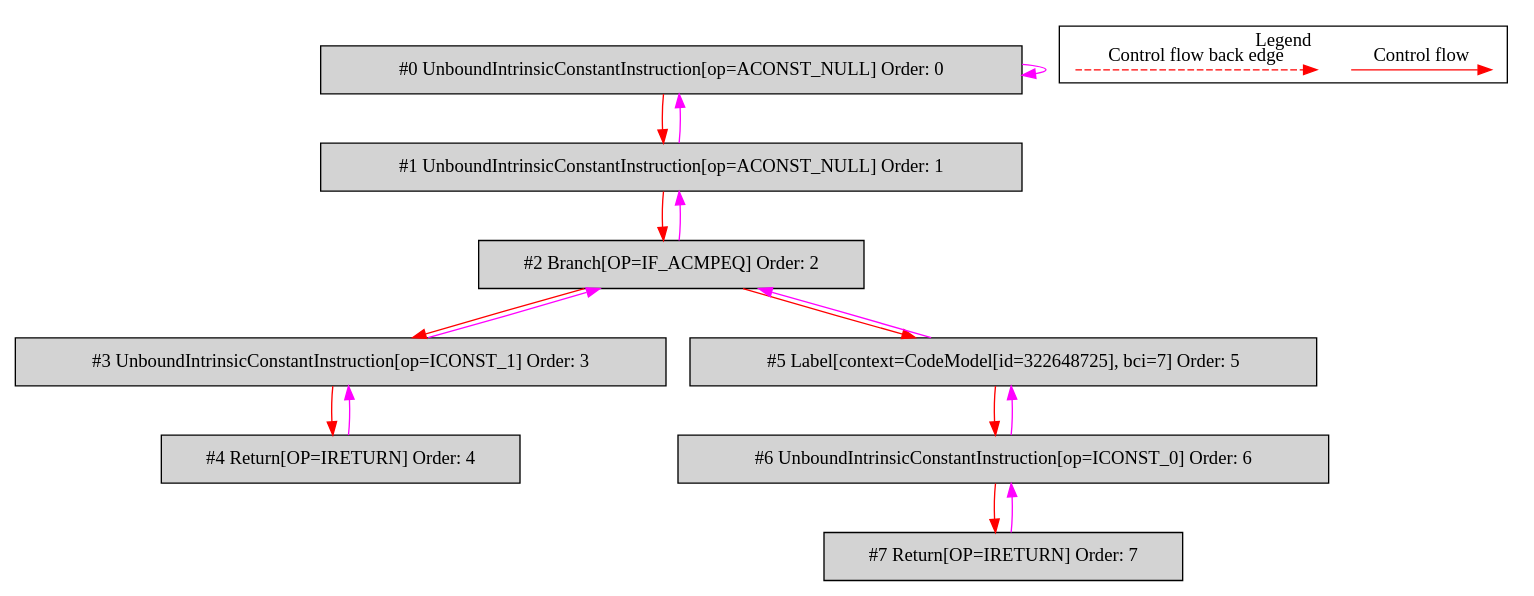
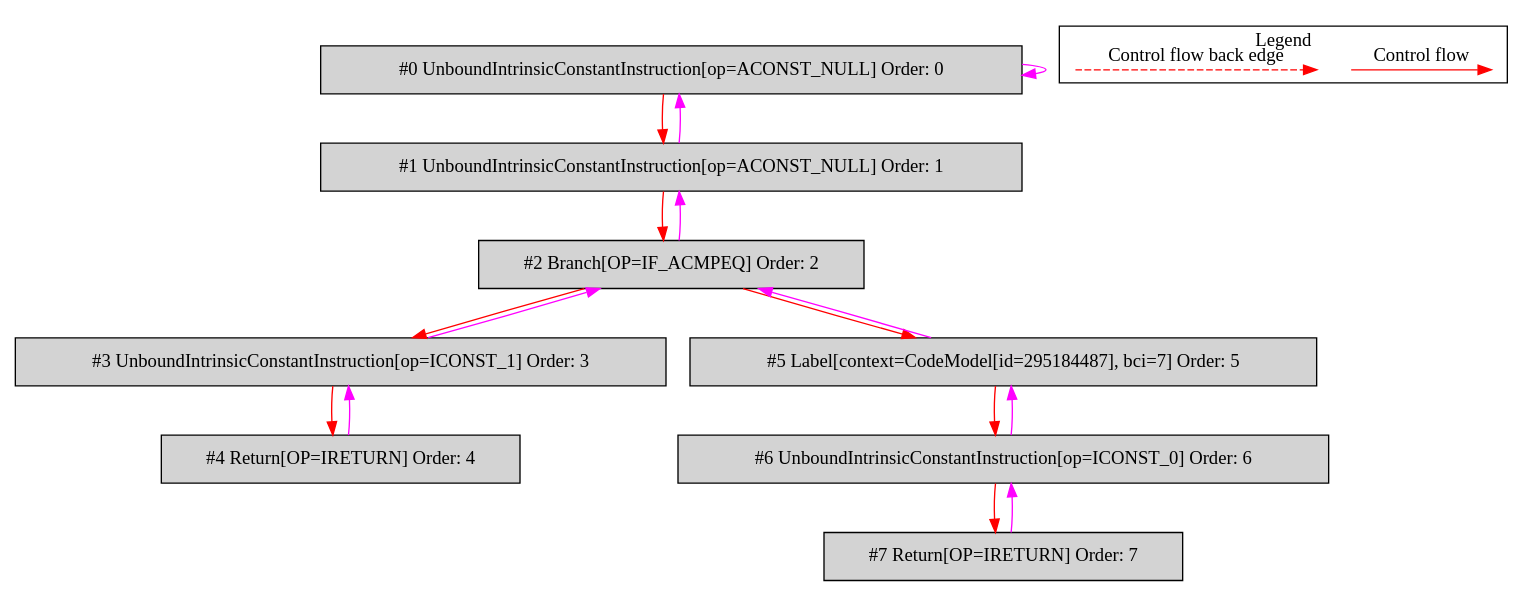
Before and after one commit to mirkosertic/MetaIR: the diagram in de.mirkosertic.metair.ir.OpcodeIFACMPEQTest/test_IF_ACMPEQ/bytecodecfg.dot, drawn with Graphviz. The commit also changed 1202 other files, not shown here.

```diff
--- a/de.mirkosertic.metair.ir.OpcodeIFACMPEQTest/test_IF_ACMPEQ/bytecodecfg.dot
+++ b/de.mirkosertic.metair.ir.OpcodeIFACMPEQTest/test_IF_ACMPEQ/bytecodecfg.dot
@@ -1,40 +1,40 @@
 digraph {
  ordering="in";
  node0[label="#0 UnboundIntrinsicConstantInstruction[op=ACONST_NULL] Order: 0", shape=box, fillcolor=lightgrey, style=filled];
  node1[label="#1 UnboundIntrinsicConstantInstruction[op=ACONST_NULL] Order: 1", shape=box, fillcolor=lightgrey, style=filled];
  node2[label="#2 Branch[OP=IF_ACMPEQ] Order: 2", shape=box, fillcolor=lightgrey, style=filled];
  node3[label="#3 UnboundIntrinsicConstantInstruction[op=ICONST_1] Order: 3", shape=box, fillcolor=lightgrey, style=filled];
  node4[label="#4 Return[OP=IRETURN] Order: 4", shape=box, fillcolor=lightgrey, style=filled];
- node5[label="#5 Label[context=CodeModel[id=322648725], bci=7] Order: 5", shape=box, fillcolor=lightgrey, style=filled];
+ node5[label="#5 Label[context=CodeModel[id=295184487], bci=7] Order: 5", shape=box, fillcolor=lightgrey, style=filled];
  node6[label="#6 UnboundIntrinsicConstantInstruction[op=ICONST_0] Order: 6", shape=box, fillcolor=lightgrey, style=filled];
  node7[label="#7 Return[OP=IRETURN] Order: 7", shape=box, fillcolor=lightgrey, style=filled];
  node0 -> node0[color=fuchsia];
  node0 -> node1[color=red];
  node1 -> node0[color=fuchsia];
  node1 -> node2[color=red];
  node2 -> node1[color=fuchsia];
  node2 -> node3[color=red];
  node3 -> node2[color=fuchsia];
  node3 -> node4[color=red];
  node4 -> node3[color=fuchsia];
  node2 -> node5[color=red];
  node5 -> node2[color=fuchsia];
  node5 -> node6[color=red];
  node6 -> node5[color=fuchsia];
  node6 -> node7[color=red];
  node7 -> node6[color=fuchsia];
  subgraph cluster_000 {
   label = "Legend";
   node [shape=point]
   {
    rank=same;
    c0 [style = invis];
    c1 [style = invis];
    c2 [style = invis];
    c3 [style = invis];
   }
   c0 -> c1 [label="Control flow", style=solid, color=red]
   c2 -> c3 [label="Control flow back edge", style=dashed, color=red]
  }
 
 }
```
